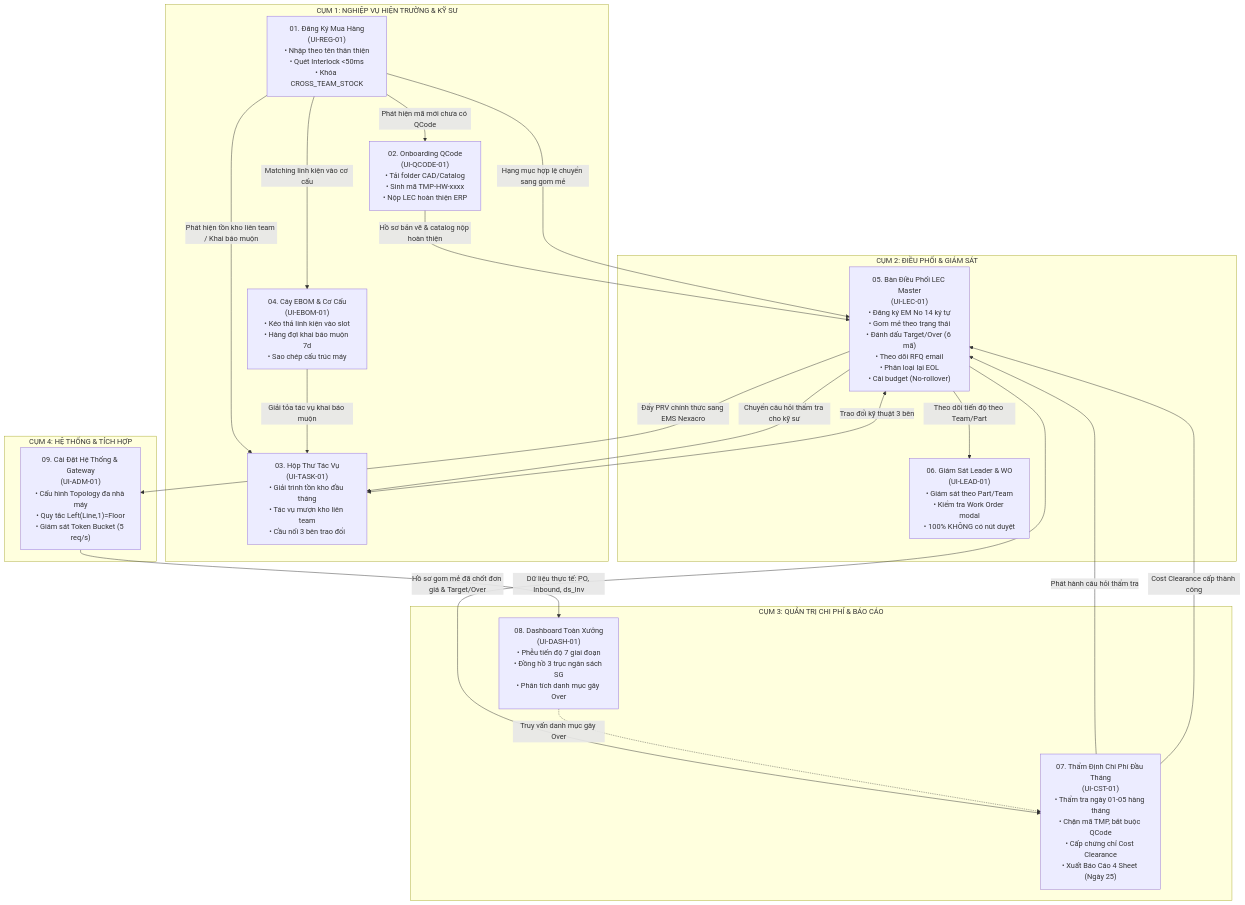
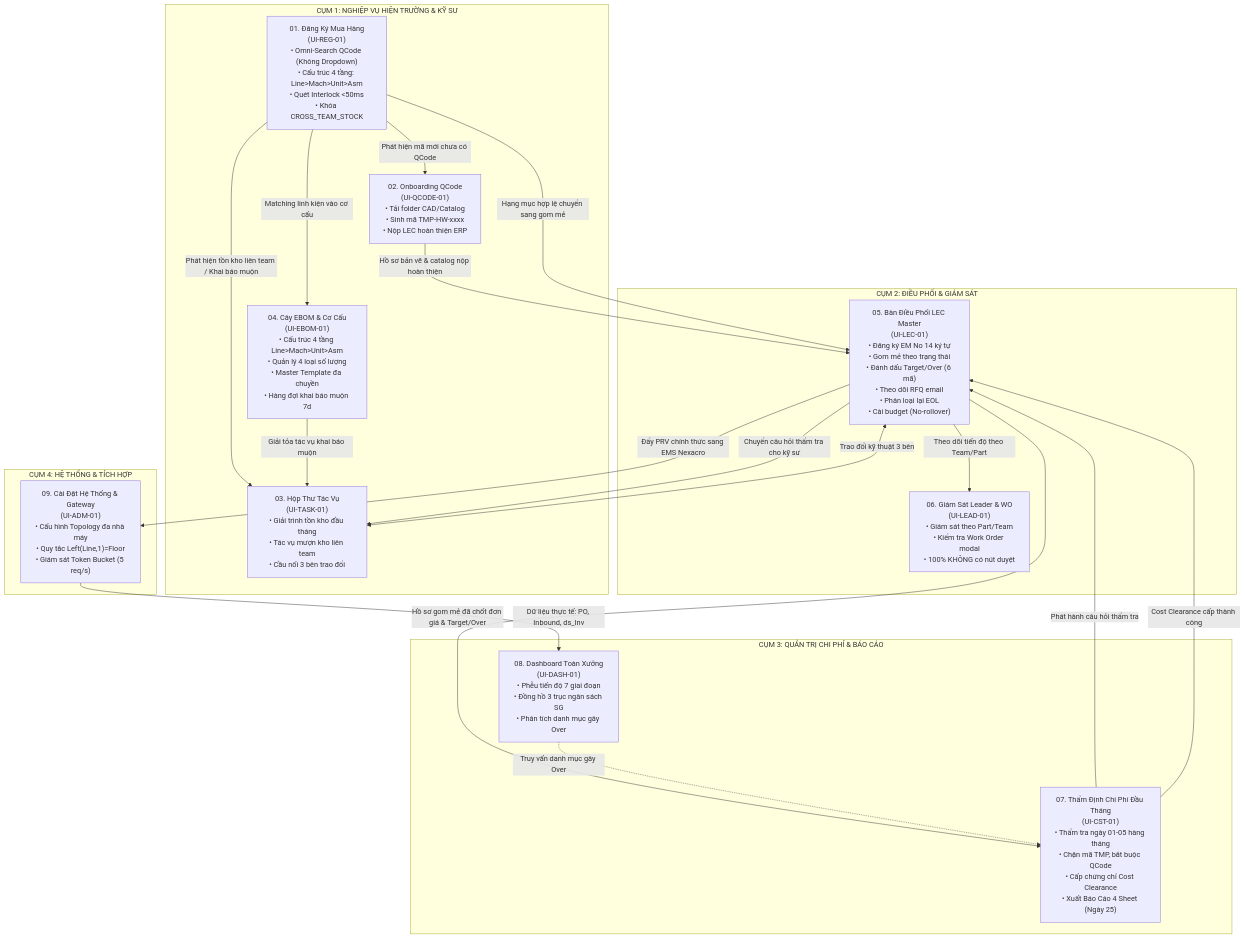
Before and after one commit to longphamduc-vn/ops-workflow: the diagram in procurement-system/05-ui-ux-screen-specifications-v2/00-tong-quan-kien-truc-he-thong-man-hinh.md, drawn with Mermaid. The commit also changed other lines of this file and 10 other files, not shown here.

Commit message:
docs: enrich UI-REG-01 with QCode Omni-Search from yml and optimize UI-EBOM-01 with 4-tier hierarchy, quantity matrix and master machine templates

````diff
--- a/procurement-system/05-ui-ux-screen-specifications-v2/00-tong-quan-kien-truc-he-thong-man-hinh.md
+++ b/procurement-system/05-ui-ux-screen-specifications-v2/00-tong-quan-kien-truc-he-thong-man-hinh.md
@@ -29,40 +29,40 @@
 ```mermaid
 flowchart TD
     subgraph Cluster1["CỤM 1: NGHIỆP VỤ HIỆN TRƯỜNG & KỸ SƯ"]
-        REG["01. Đăng Ký Mua Hàng\n(UI-REG-01)\n• Nhập theo tên thân thiện\n• Quét Interlock <50ms\n• Khóa CROSS_TEAM_STOCK"]
+        REG["01. Đăng Ký Mua Hàng\n(UI-REG-01)\n• Omni-Search QCode (Không Dropdown)\n• Cấu trúc 4 tầng: Line>Mach>Unit>Asm\n• Quét Interlock <50ms\n• Khóa CROSS_TEAM_STOCK"]
         QCODE["02. Onboarding QCode\n(UI-QCODE-01)\n• Tải folder CAD/Catalog\n• Sinh mã TMP-HW-xxxx\n• Nộp LEC hoàn thiện ERP"]
         TASK["03. Hộp Thư Tác Vụ\n(UI-TASK-01)\n• Giải trình tồn kho đầu tháng\n• Tác vụ mượn kho liên team\n• Cầu nối 3 bên trao đổi"]
-        EBOM["04. Cây EBOM & Cơ Cấu\n(UI-EBOM-01)\n• Kéo thả linh kiện vào slot\n• Hàng đợi khai báo muộn 7d\n• Sao chép cấu trúc máy"]
+        EBOM["04. Cây EBOM & Cơ Cấu\n(UI-EBOM-01)\n• Cấu trúc 4 tầng Line>Mach>Unit>Asm\n• Quản lý 4 loại số lượng\n• Master Template đa chuyền\n• Hàng đợi khai báo muộn 7d"]
     end
 
     subgraph Cluster2["CỤM 2: ĐIỀU PHỐI & GIÁM SÁT"]
         LEC["05. Bàn Điều Phối LEC Master\n(UI-LEC-01)\n• Đăng ký EM No 14 ký tự\n• Gom mẻ theo trạng thái\n• Đánh dấu Target/Over (6 mã)\n• Theo dõi RFQ email\n• Phân loại lại EOL\n• Cài budget (No-rollover)"]
         LEAD["06. Giám Sát Leader & WO\n(UI-LEAD-01)\n• Giám sát theo Part/Team\n• Kiểm tra Work Order modal\n• 100% KHÔNG có nút duyệt"]
     end
 
     subgraph Cluster3["CỤM 3: QUẢN TRỊ CHI PHÍ & BÁO CÁO"]
         CST["07. Thẩm Định Chi Phí Đầu Tháng\n(UI-CST-01)\n• Thẩm tra ngày 01-05 hàng tháng\n• Chặn mã TMP, bắt buộc QCode\n• Cấp chứng chỉ Cost Clearance\n• Xuất Báo Cáo 4 Sheet (Ngày 25)"]
         DASH["08. Dashboard Toàn Xưởng\n(UI-DASH-01)\n• Phễu tiến độ 7 giai đoạn\n• Đồng hồ 3 trục ngân sách SG\n• Phân tích danh mục gây Over"]
     end
 
     subgraph Cluster4["CỤM 4: HỆ THỐNG & TÍCH HỢP"]
         ADM["09. Cài Đặt Hệ Thống & Gateway\n(UI-ADM-01)\n• Cấu hình Topology đa nhà máy\n• Quy tắc Left(Line,1)=Floor\n• Giám sát Token Bucket (5 req/s)"]
     end
 
     %% Flow connections
     REG -->|"Phát hiện mã mới chưa có QCode"| QCODE
     REG -->|"Phát hiện tồn kho liên team / Khai báo muộn"| TASK
     REG -->|"Matching linh kiện vào cơ cấu"| EBOM
     QCODE -->|"Hồ sơ bản vẽ & catalog nộp hoàn thiện"| LEC
     EBOM -->|"Giải tỏa tác vụ khai báo muộn"| TASK
     REG -->|"Hạng mục hợp lệ chuyển sang gom mẻ"| LEC
     TASK <-->|"Trao đổi kỹ thuật 3 bên"| LEC
     LEC -->|"Theo dõi tiến độ theo Team/Part"| LEAD
     LEC -->|"Hồ sơ gom mẻ đã chốt đơn giá & Target/Over"| CST
     CST -->|"Phát hành câu hỏi thẩm tra"| LEC
     LEC -->|"Chuyển câu hỏi thẩm tra cho kỹ sư"| TASK
     CST -->|"Cost Clearance cấp thành công"| LEC
     LEC -->|"Đẩy PRV chính thức sang EMS Nexacro"| ADM
     ADM -->|"Dữ liệu thực tế: PO, Inbound, ds_Inv"| DASH
     DASH -.->|"Truy vấn danh mục gây Over"| CST
 ```
````
